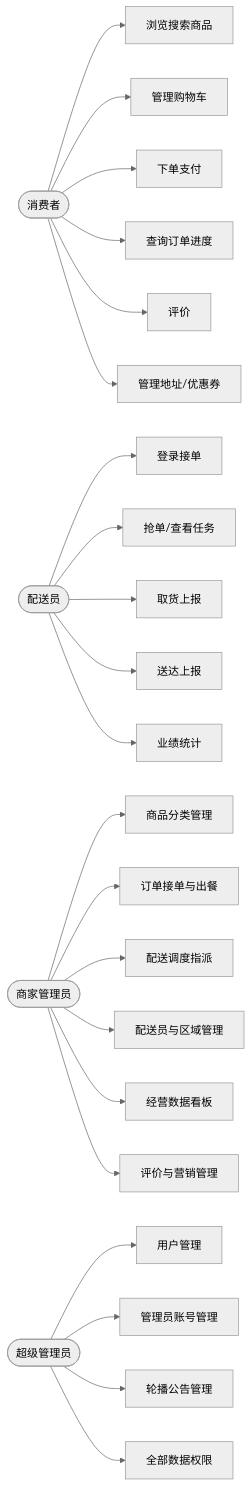
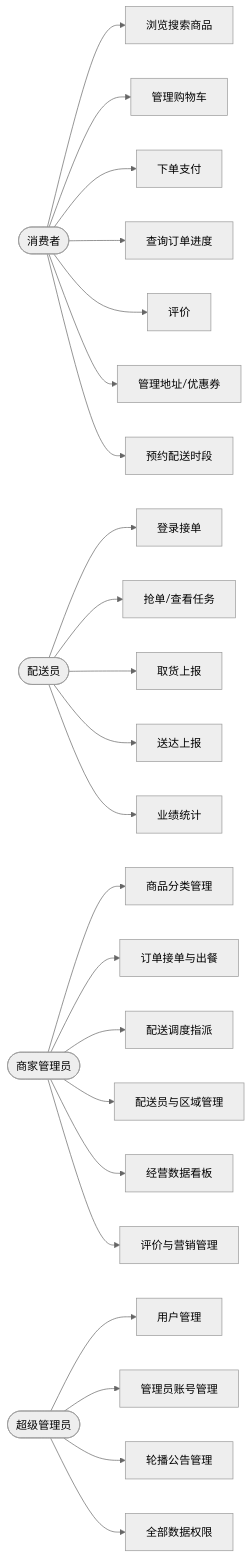
Before and after one commit to chenchuiqing/FreshMeal: the first of 3 diagrams in docs/01-需求分析.md, drawn with Mermaid (neutral theme). The commit also changed other lines of this file and 4 other files, not shown here.

````diff
--- a/docs/01-需求分析.md
+++ b/docs/01-需求分析.md
@@ -61,27 +75,28 @@
 ```mermaid
 graph LR
     C([消费者]) --> C1[浏览搜索商品]
     C --> C2[管理购物车]
     C --> C3[下单支付]
     C --> C4[查询订单进度]
     C --> C5[评价]
     C --> C6[管理地址/优惠券]
+    C --> C7[预约配送时段]
 
     R([配送员]) --> R1[登录接单]
     R --> R2[抢单/查看任务]
     R --> R3[取货上报]
     R --> R4[送达上报]
     R --> R5[业绩统计]
 
     M([商家管理员]) --> M1[商品分类管理]
     M --> M2[订单接单与出餐]
     M --> M3[配送调度指派]
     M --> M4[配送员与区域管理]
     M --> M5[经营数据看板]
     M --> M6[评价与营销管理]
 
     S([超级管理员]) --> S1[用户管理]
     S --> S2[管理员账号管理]
     S --> S3[轮播公告管理]
     S --> S4[全部数据权限]
 ```
````
